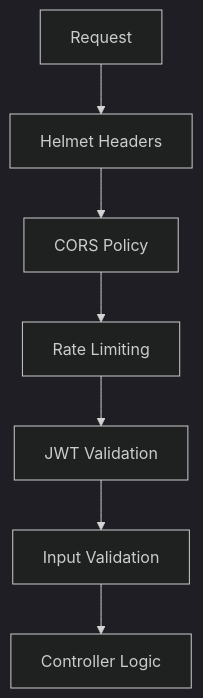
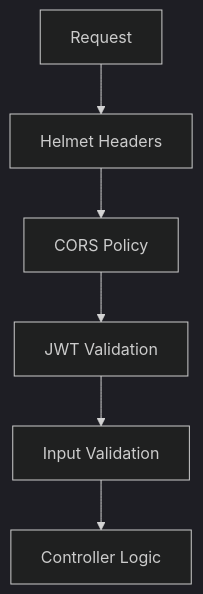
Before and after one commit to berry-13/vicsam-group: the second of 2 diagrams in README.md, drawn with Mermaid (dark theme). The commit also changed other lines of this file and 24 other files, not shown here.

````diff
--- a/README.md
+++ b/README.md
@@ -617,9 +612,8 @@
 ```mermaid
 graph TD
     A[Request] --> B[Helmet Headers]
     B --> C[CORS Policy]
-    C --> D[Rate Limiting]
-    D --> E[JWT Validation]
-    E --> F[Input Validation]
-    F --> G[Controller Logic]
+    C --> D[JWT Validation]
+    D --> E[Input Validation]
+    E --> F[Controller Logic]
 ```
````
